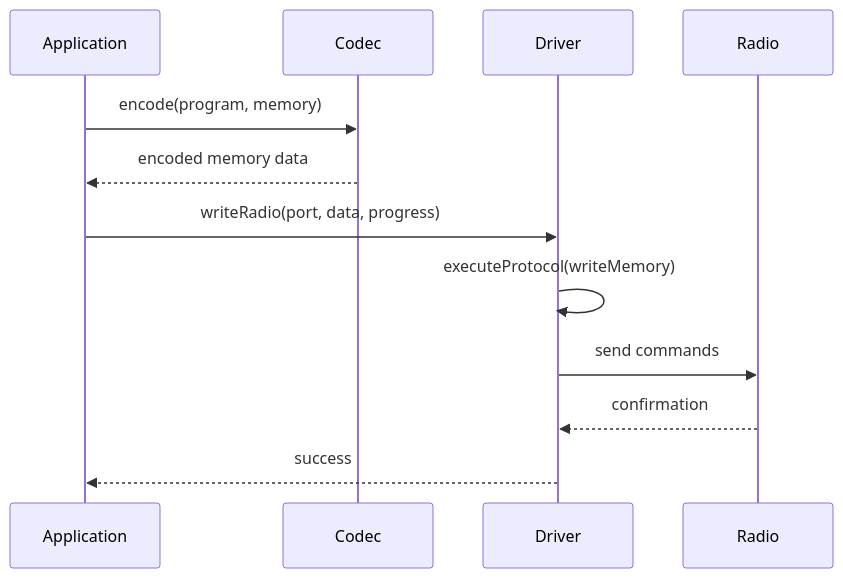
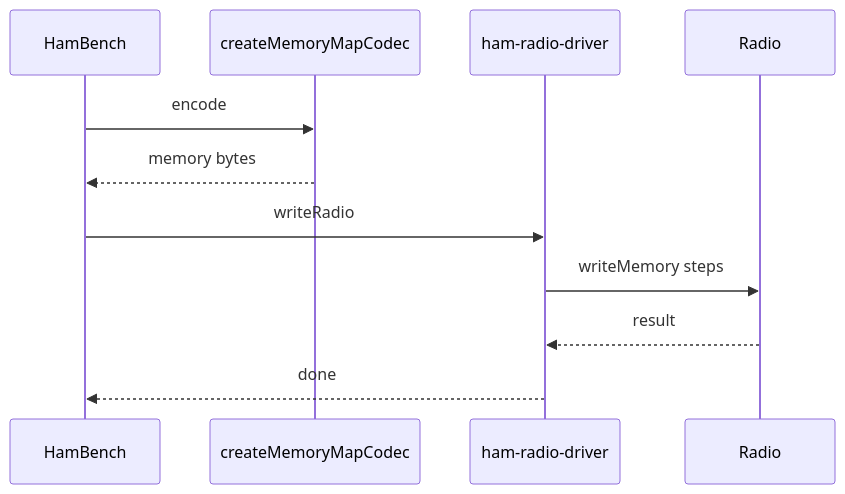
The third of 4 diagrams in docs/developer/architecture.md (springfield-ham-radio/ham-radio-docs), drawn with Mermaid before and after one commit. The commit also changed other lines of this file and 47 other files, not shown here.

First line of the commit message:
docs: guide manufacturers through a HamBench radio driver (#31)

````diff
--- a/docs/developer/architecture.md
+++ b/docs/developer/architecture.md
@@ -282,16 +218,13 @@
 ```mermaid
 sequenceDiagram
-    participant App as Application
-    participant Codec as Codec
-    participant Driver as Driver
-    participant Radio as Radio
-    
-    App->>Codec: encode(program, memory)
-    Codec-->>App: encoded memory data
-    
-    App->>Driver: writeRadio(port, data, progress)
-    Driver->>Driver: executeProtocol(writeMemory)
-    Driver->>Radio: send commands
-    Radio-->>Driver: confirmation
-    Driver-->>App: success
+  participant App as HamBench
+  participant Codec as createMemoryMapCodec
+  participant Driver as ham-radio-driver
+  participant Radio as Radio
+  App->>Codec: encode
+  Codec-->>App: memory bytes
+  App->>Driver: writeRadio
+  Driver->>Radio: writeMemory steps
+  Radio-->>Driver: result
+  Driver-->>App: done
 ```
````
